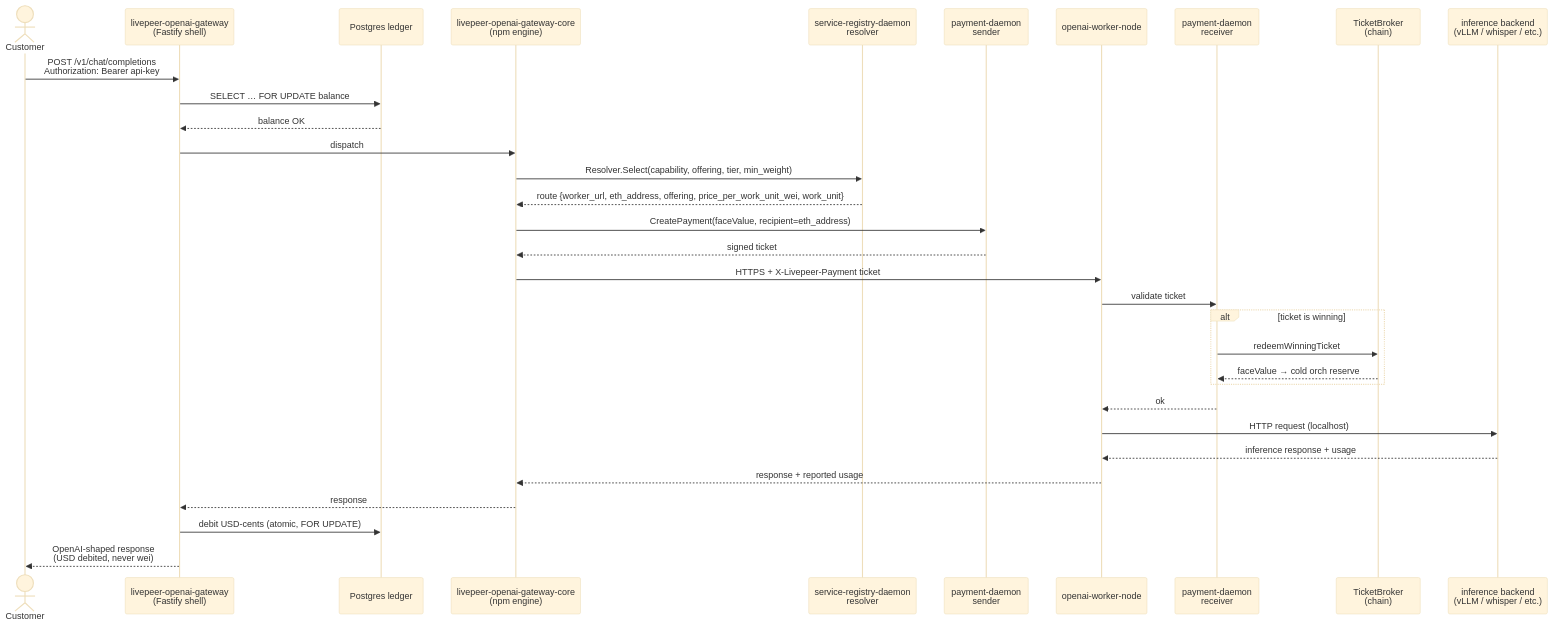
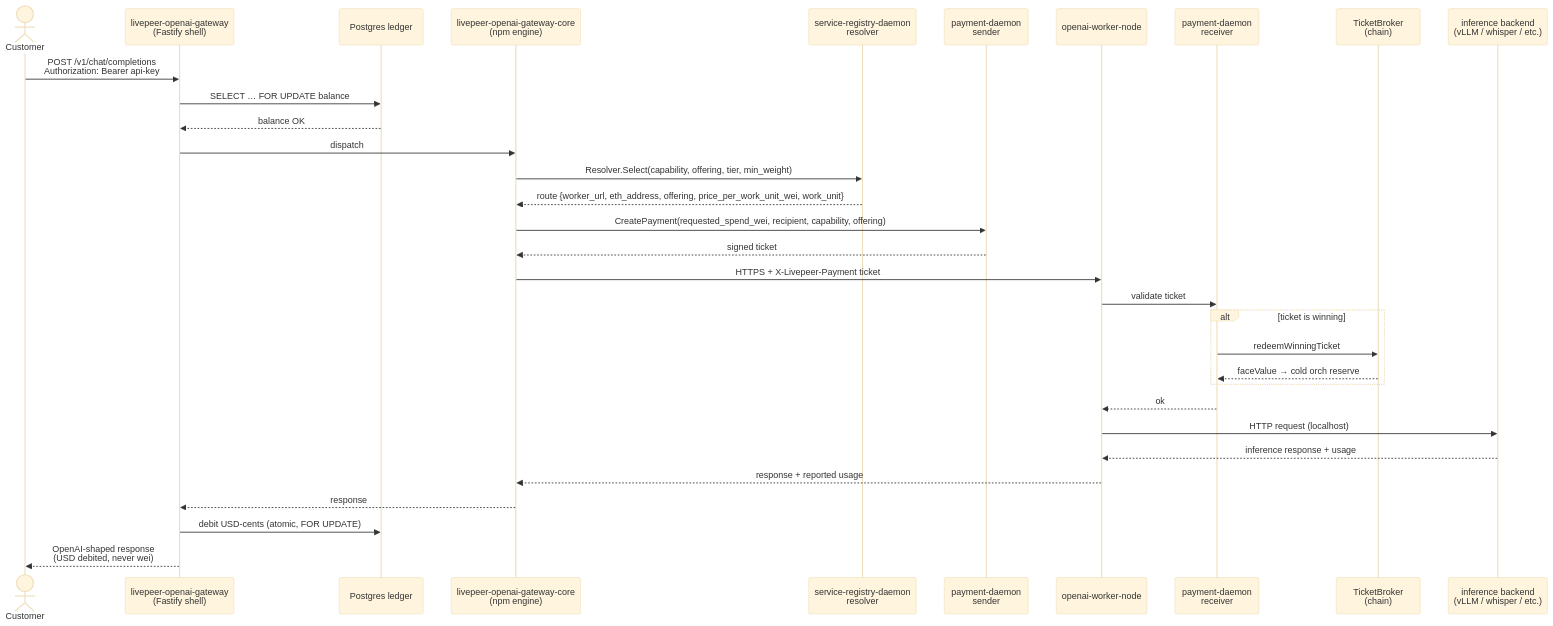
The seventh of 9 diagrams in docs/design-docs/suite-architecture.md (Cloud-SPE/livepeer-network-suite), drawn with Mermaid (base theme) before and after one commit. The commit also changed other lines of this file and 3 other files, not shown here.

````diff
--- a/docs/design-docs/suite-architecture.md
+++ b/docs/design-docs/suite-architecture.md
@@ -684,38 +684,38 @@
 ```mermaid
 sequenceDiagram
     actor Cust as Customer
     participant GW as livepeer-openai-gateway<br/>(Fastify shell)
     participant DB as Postgres ledger
     participant Eng as livepeer-openai-gateway-core<br/>(npm engine)
     participant Resolver as service-registry-daemon<br/>resolver
     participant Sender as payment-daemon<br/>sender
     participant Worker as openai-worker-node
     participant Receiver as payment-daemon<br/>receiver
     participant TB as TicketBroker<br/>(chain)
     participant Backend as inference backend<br/>(vLLM / whisper / etc.)
 
     Cust->>GW: POST /v1/chat/completions<br/>Authorization: Bearer api-key
     GW->>DB: SELECT … FOR UPDATE balance
     DB-->>GW: balance OK
     GW->>Eng: dispatch
 
     Eng->>Resolver: Resolver.Select(capability, offering, tier, min_weight)
     Resolver-->>Eng: route {worker_url, eth_address, offering, price_per_work_unit_wei, work_unit}
-    Eng->>Sender: CreatePayment(faceValue, recipient=eth_address)
+    Eng->>Sender: CreatePayment(requested_spend_wei, recipient, capability, offering)
     Sender-->>Eng: signed ticket
 
     Eng->>Worker: HTTPS + X-Livepeer-Payment ticket
     Worker->>Receiver: validate ticket
     alt ticket is winning
         Receiver->>TB: redeemWinningTicket
         TB-->>Receiver: faceValue → cold orch reserve
     end
     Receiver-->>Worker: ok
     Worker->>Backend: HTTP request (localhost)
     Backend-->>Worker: inference response + usage
     Worker-->>Eng: response + reported usage
     Eng-->>GW: response
 
     GW->>DB: debit USD-cents (atomic, FOR UPDATE)
     GW-->>Cust: OpenAI-shaped response<br/>(USD debited, never wei)
 ```
````
